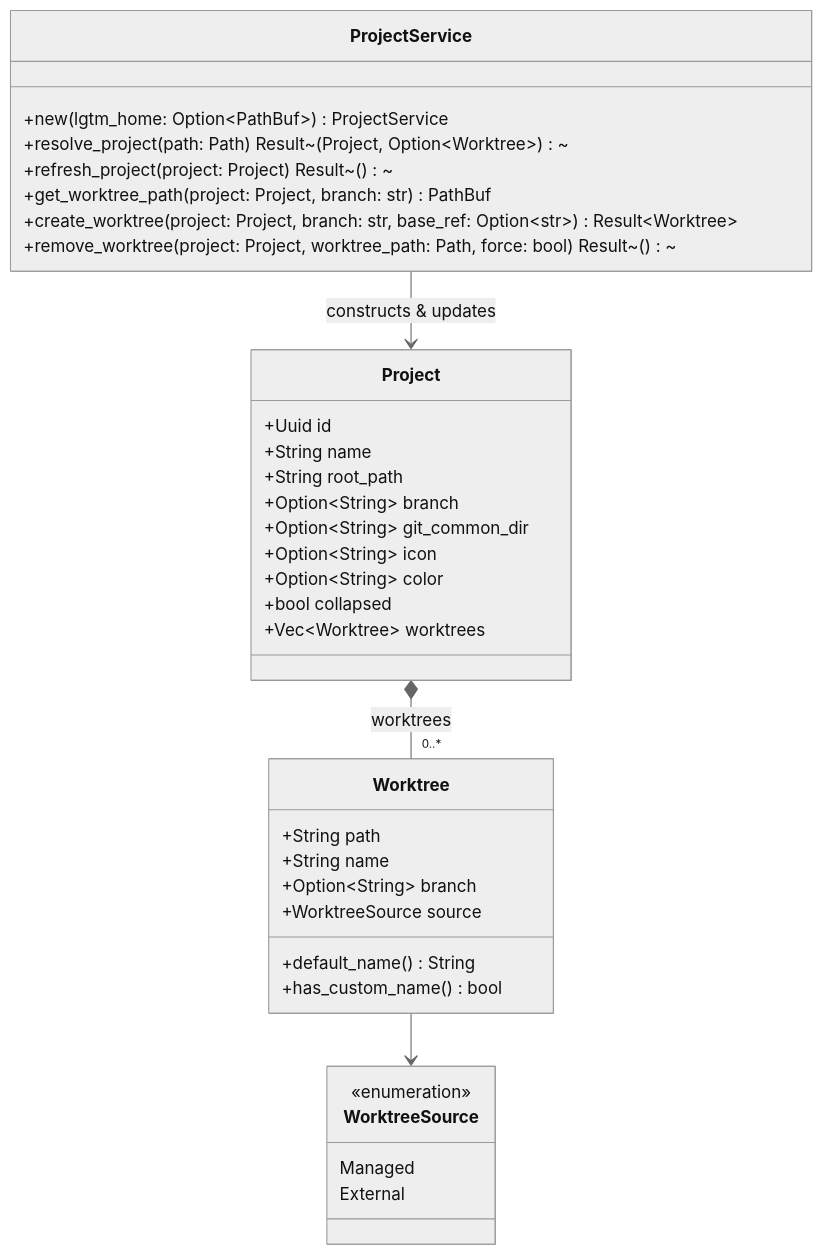
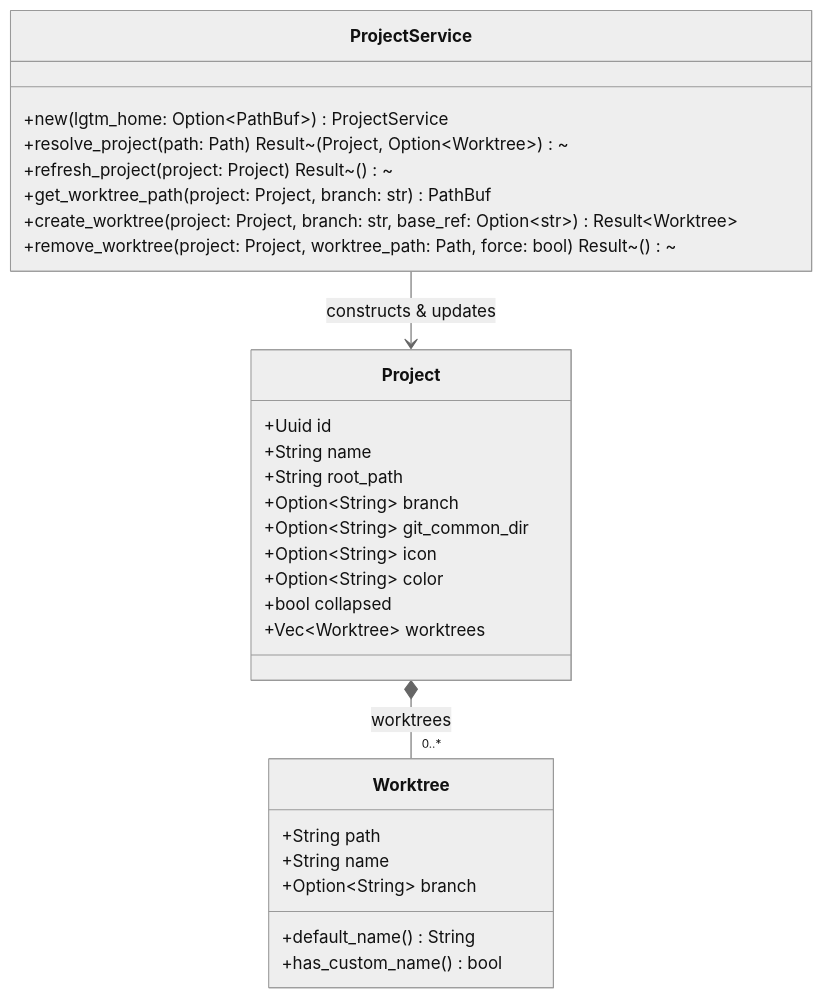
The second of 3 diagrams in docs/architecture/project/index.md (difflab-io/lgtm), drawn with Mermaid (neutral theme) before and after one commit. The commit also changed other lines of this file and 23 other files, not shown here.

````diff
--- a/docs/architecture/project/index.md
+++ b/docs/architecture/project/index.md
@@ -57,44 +55,36 @@
 ```mermaid
 classDiagram
     direction TB
 
     class Project {
         +Uuid id
         +String name
         +String root_path
         +Option~String~ branch
         +Option~String~ git_common_dir
         +Option~String~ icon
         +Option~String~ color
         +bool collapsed
         +Vec~Worktree~ worktrees
     }
 
     class Worktree {
         +String path
         +String name
         +Option~String~ branch
-        +WorktreeSource source
         +default_name() String
         +has_custom_name() bool
-    }
-
-    class WorktreeSource {
-        <<enumeration>>
-        Managed
-        External
     }
 
     class ProjectService {
         +new(lgtm_home: Option~PathBuf~) ProjectService
         +resolve_project(path: Path) Result~(Project, Option~Worktree~)~
         +refresh_project(project: Project) Result~()~
         +get_worktree_path(project: Project, branch: str) PathBuf
         +create_worktree(project: Project, branch: str, base_ref: Option~str~) Result~Worktree~
         +remove_worktree(project: Project, worktree_path: Path, force: bool) Result~()~
     }
 
     Project *-- "0..*" Worktree : worktrees
-    Worktree --> WorktreeSource
     ProjectService --> Project : constructs & updates
 ```
````
